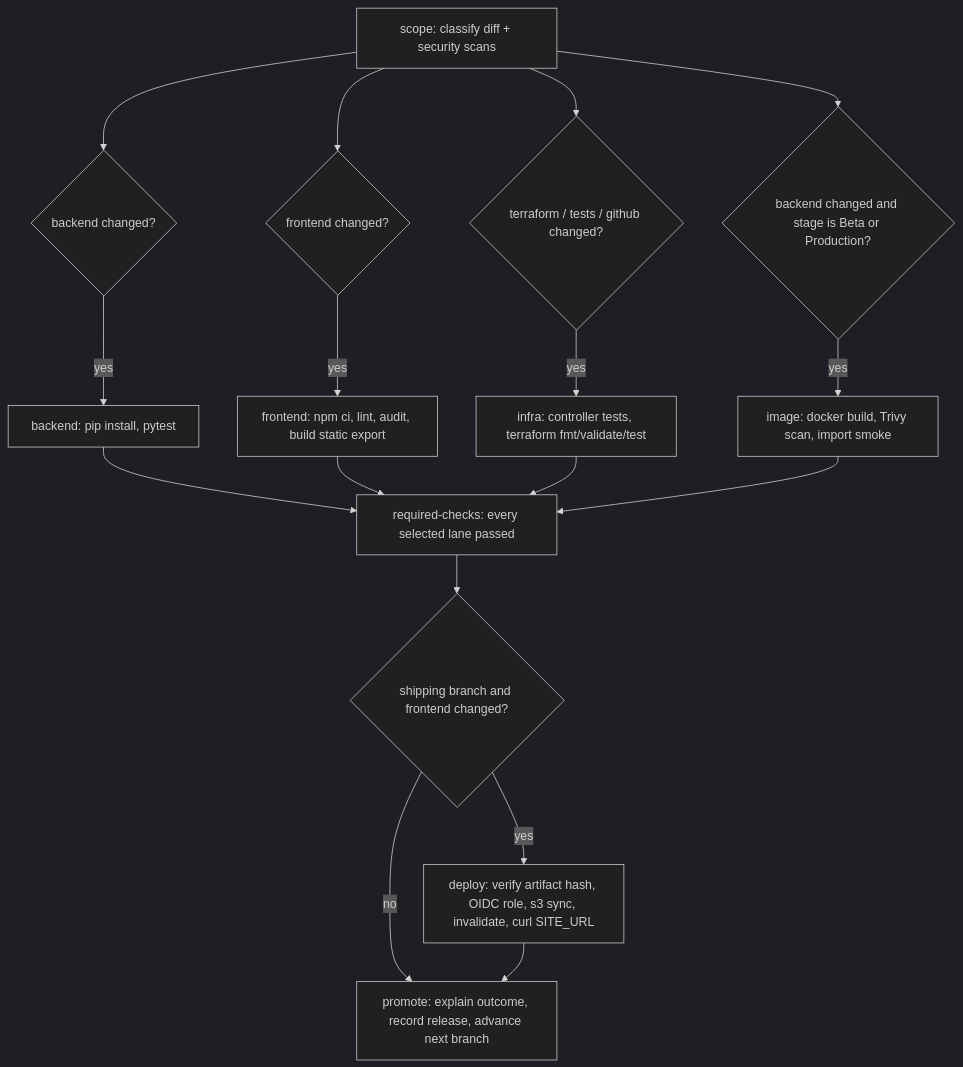
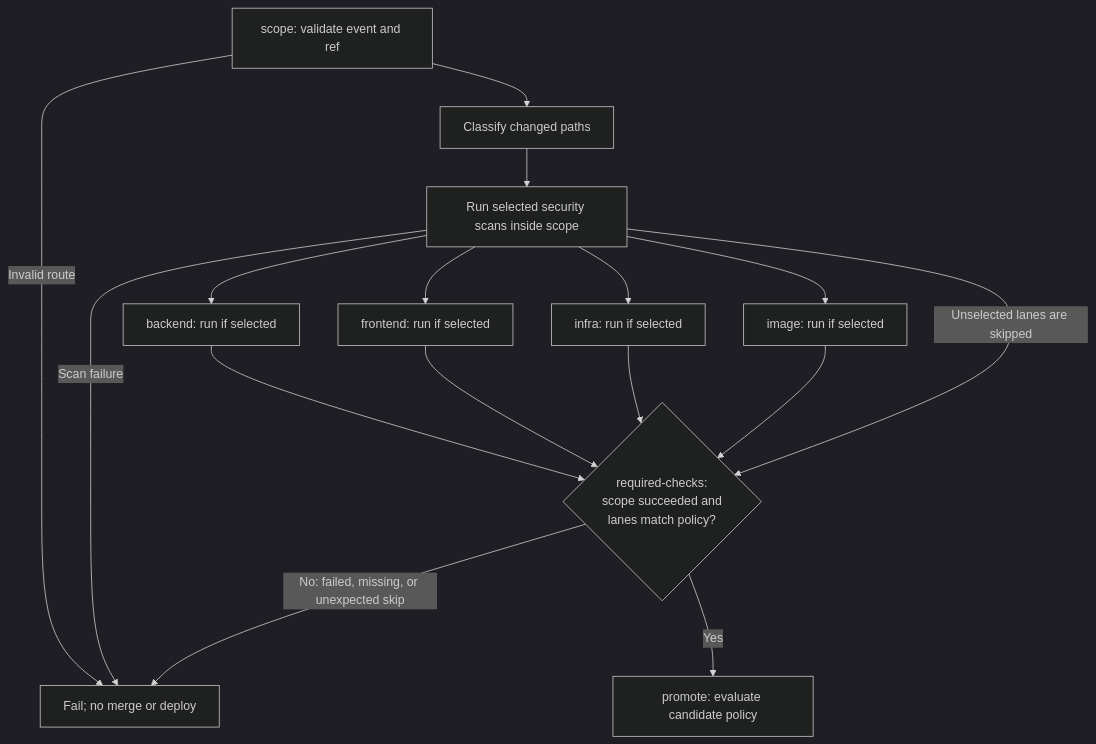
One commit to Yale-Undergraduate-Consulting-Group/club-res-website changed the second of 5 diagrams in docs/CI_CD.md. Above: the diagram before and after it, drawn with Mermaid (dark theme). The commit also changed other lines of this file, not shown here.

Commit message:
docs: separate verification deployment and promotion flows

````diff
--- a/docs/CI_CD.md
+++ b/docs/CI_CD.md
@@ -28,19 +58,18 @@
 ```mermaid
 flowchart TD
-  S[scope: classify diff + security scans] --> B{backend changed?}
-  S --> FE{frontend changed?}
-  S --> I{terraform / tests / github changed?}
-  S --> IM{backend changed and stage is Beta or Production?}
-  B -->|yes| BE[backend: pip install, pytest]
-  FE -->|yes| FR[frontend: npm ci, lint, audit, build static export]
-  I -->|yes| IN[infra: controller tests, terraform fmt/validate/test]
-  IM -->|yes| IMG[image: docker build, Trivy scan, import smoke]
-  BE --> RC[required-checks: every selected lane passed]
-  FR --> RC
-  IN --> RC
-  IMG --> RC
-  RC --> DP{shipping branch and frontend changed?}
-  DP -->|yes| SH[deploy: verify artifact hash, OIDC role, s3 sync, invalidate, curl SITE_URL]
-  DP -->|no| PR[promote: explain outcome, record release, advance next branch]
-  SH --> PR
+  R["scope: validate event and ref"] --> C["Classify changed paths"]
+  C --> S["Run selected security scans inside scope"]
+  S --> B["backend: run if selected"]
+  S --> F["frontend: run if selected"]
+  S --> I["infra: run if selected"]
+  S --> M["image: run if selected"]
+  B --> G{"required-checks:<br/>scope succeeded and<br/>lanes match policy?"}
+  F --> G
+  I --> G
+  M --> G
+  S -->|Unselected lanes are skipped| G
+  R -->|Invalid route| X["Fail; no merge or deploy"]
+  S -->|Scan failure| X
+  G -->|No: failed, missing, or unexpected skip| X
+  G -->|Yes| P["promote: evaluate candidate policy"]
 ```
````
